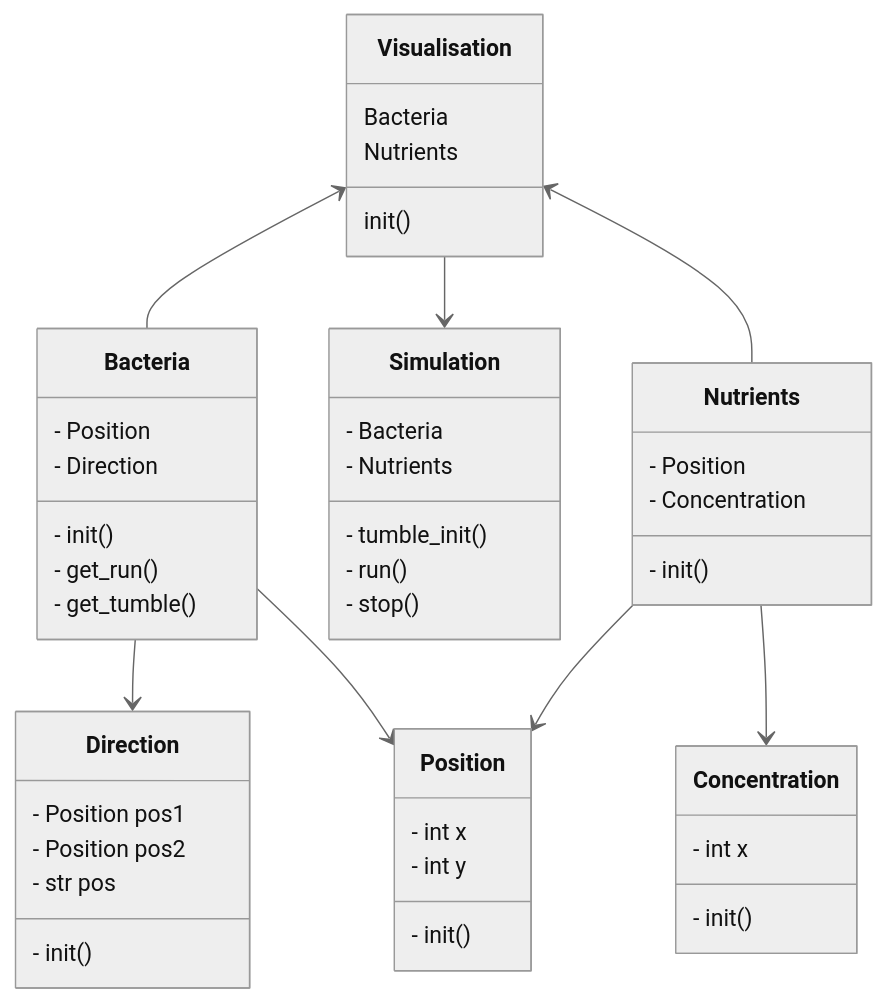
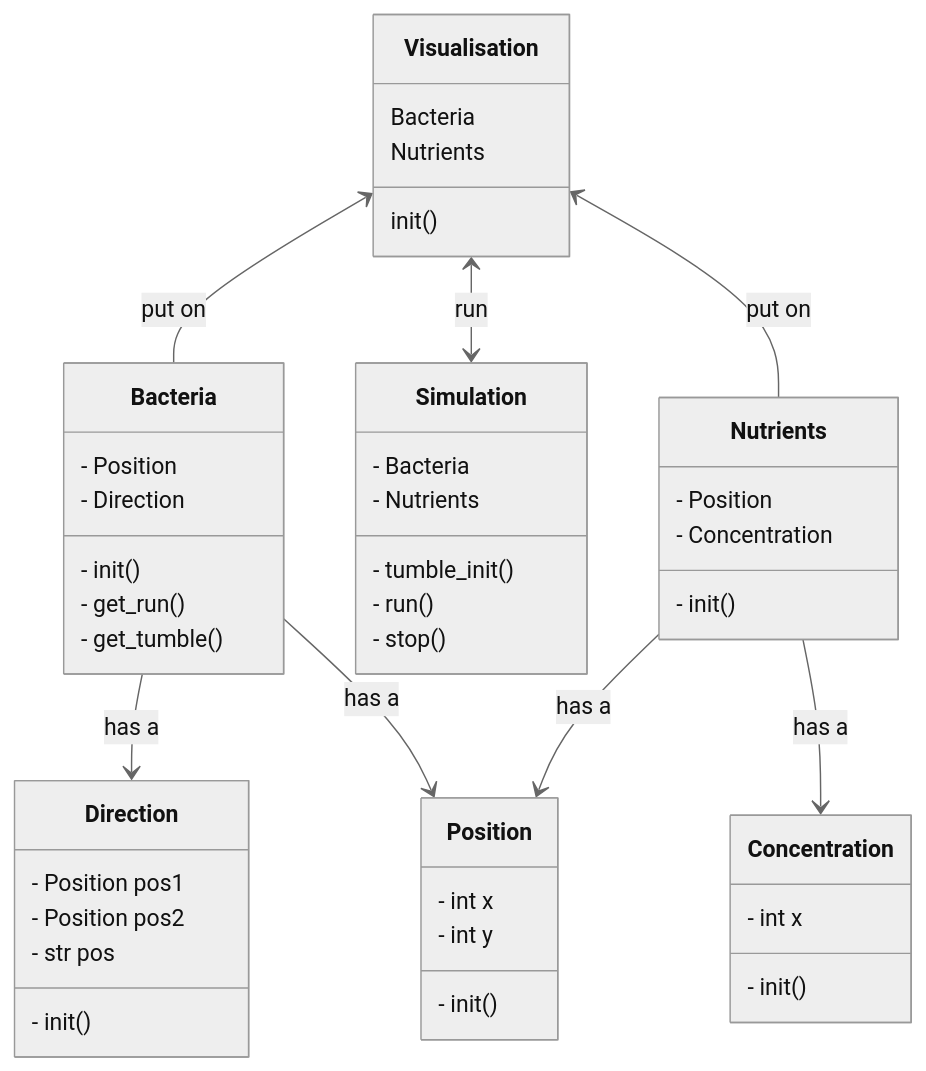
The diagram in learners/phuong/class.md (programming-formalisms/programming_formalisms_project_summer_2024), drawn with Mermaid (neutral theme) before and after one commit.

````diff
--- a/learners/phuong/class.md
+++ b/learners/phuong/class.md
@@ -2,53 +2,53 @@
 ```mermaid
 classDiagram
-Visualisation <-- Bacteria 
- Visualisation --> Simulation
- Visualisation <-- Nutrients
- Bacteria --> Direction
- Bacteria --> Position
- Nutrients --> Position
- Nutrients --> Concentration
+Visualisation <-- Bacteria : put on
+ Visualisation <--> Simulation : run
+ Visualisation <-- Nutrients : put on
+ Bacteria --> Direction : has a
+ Bacteria --> Position : has a
+ Nutrients --> Position : has a
+ Nutrients --> Concentration : has a
 
 
 class Visualisation{
     Bacteria
     Nutrients
     init()
 }
 class Bacteria{
     - Position
     - Direction
     - init()
     - get_run()
     - get_tumble()
 }
 class Nutrients{
     - Position
     - Concentration
     - init()
 }
 class Position{
     - int x
     - int y
     - init()
 }
 class Direction{
     - Position pos1
     - Position pos2
     - str pos
     - init()
 }
 class Concentration{
     - int x
     - init ()
 }
 class Simulation{
     - Bacteria
     - Nutrients
     - tumble_init()
     - run()
     - stop()
 }
 
 
 ```
````
